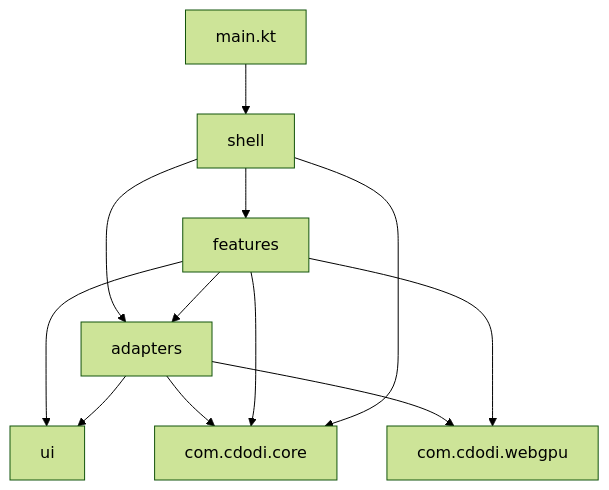
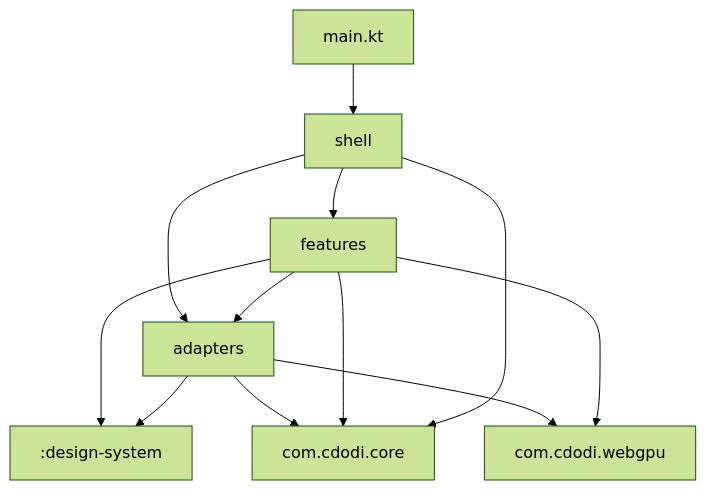
The fourth of 8 diagrams in ARCHITECTURE.md (maximums/maximums.github.io), drawn with Mermaid (forest theme) before and after one commit. The commit also changed other lines of this file and 58 other files, not shown here.

````diff
--- a/ARCHITECTURE.md
+++ b/ARCHITECTURE.md
@@ -295,14 +296,14 @@
 ```mermaid
 flowchart TB
     main["main.kt"] --> shell
     shell --> features
     shell --> adapters
     features --> adapters
-    features --> ui
-    adapters --> ui
+    features --> ds[":design-system"]
+    adapters --> ds
     adapters --> coreM["com.cdodi.core"]
     features --> coreM
     adapters --> gpuM["com.cdodi.webgpu"]
     features --> gpuM
     shell --> coreM
 ```
````
